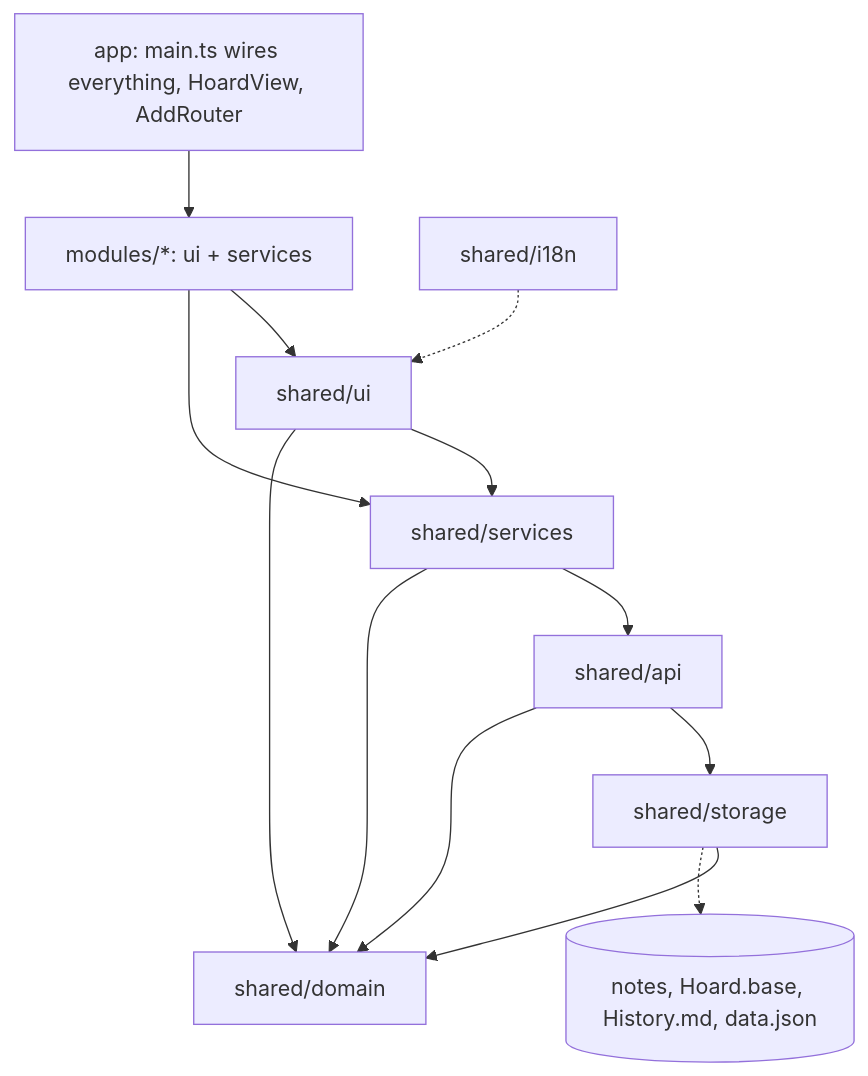
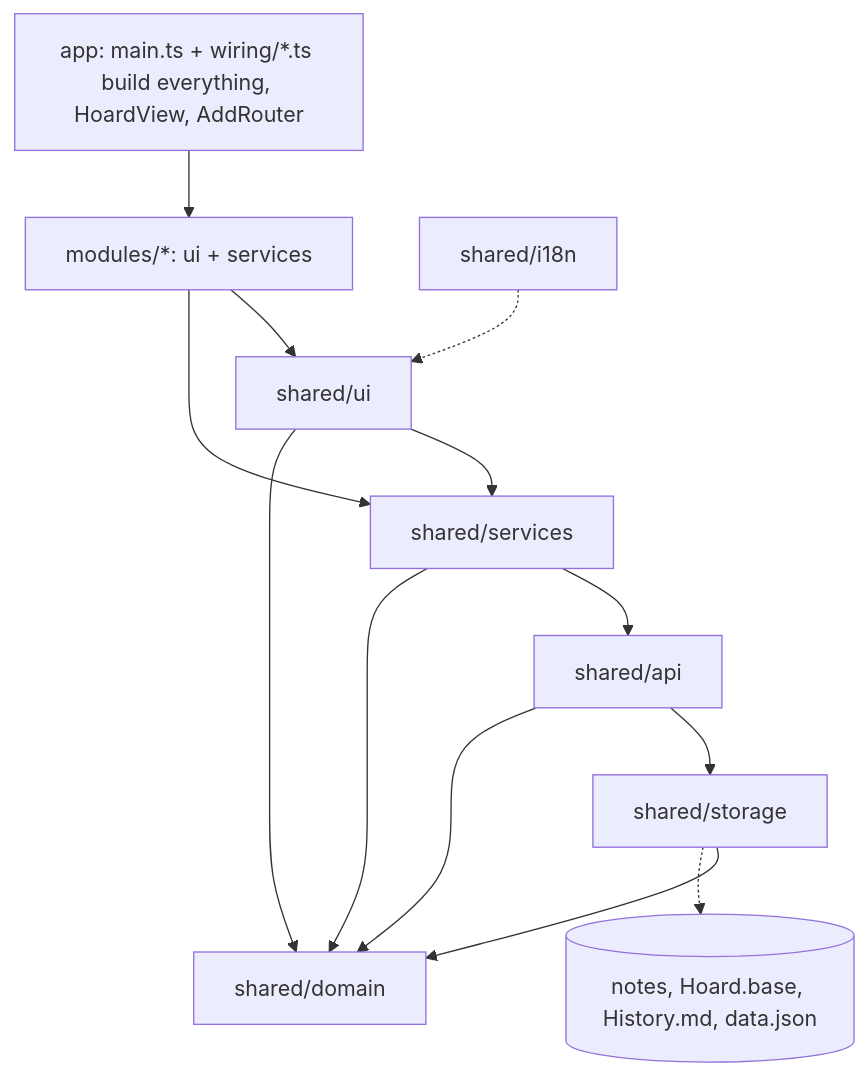
The diagram in docs/architecture/overview.md (Macavity/obsidian-hoard), drawn with Mermaid before and after one commit. The commit also changed other lines of this file and 10 other files, not shown here.

````diff
--- a/docs/architecture/overview.md
+++ b/docs/architecture/overview.md
@@ -29,15 +32,15 @@
 ```mermaid
 flowchart TD
-  app[app: main.ts wires everything, HoardView, AddRouter] --> modules
+  app[app: main.ts + wiring/*.ts build everything, HoardView, AddRouter] --> modules
   modules[modules/*: ui + services] --> sui[shared/ui]
   sui --> ssv[shared/services]
   modules --> ssv
   ssv --> sapi[shared/api]
   sapi --> sst[shared/storage]
   sst --> dom[shared/domain]
   sapi --> dom
   ssv --> dom
   sui --> dom
   i18n[shared/i18n] -.-> sui
   sst -.-> Vault[(notes, Hoard.base, History.md, data.json)]
 ```
````
